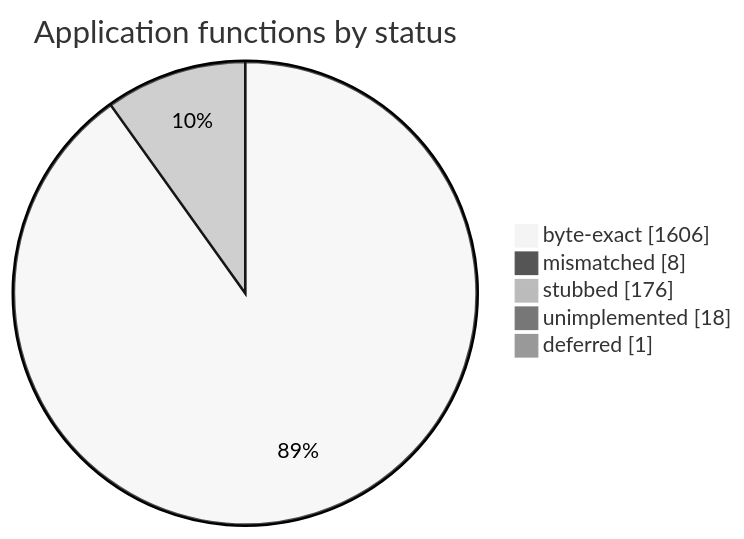
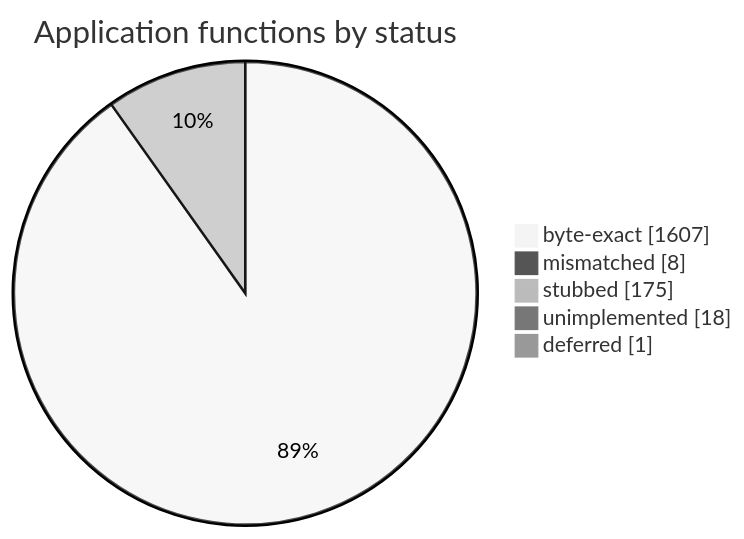
Before and after one commit to sorokya/eos: the diagram in README.md, drawn with Mermaid (neutral theme). The commit also changed other lines of this file and 1 other file, not shown here.

````diff
--- a/README.md
+++ b/README.md
@@ -152,9 +152,9 @@
 ```mermaid
 pie showData
     title Application functions by status
-    "byte-exact" : 1606
+    "byte-exact" : 1607
     "mismatched" : 8
-    "stubbed" : 176
+    "stubbed" : 175
     "unimplemented" : 18
     "deferred" : 1
 ```
````
